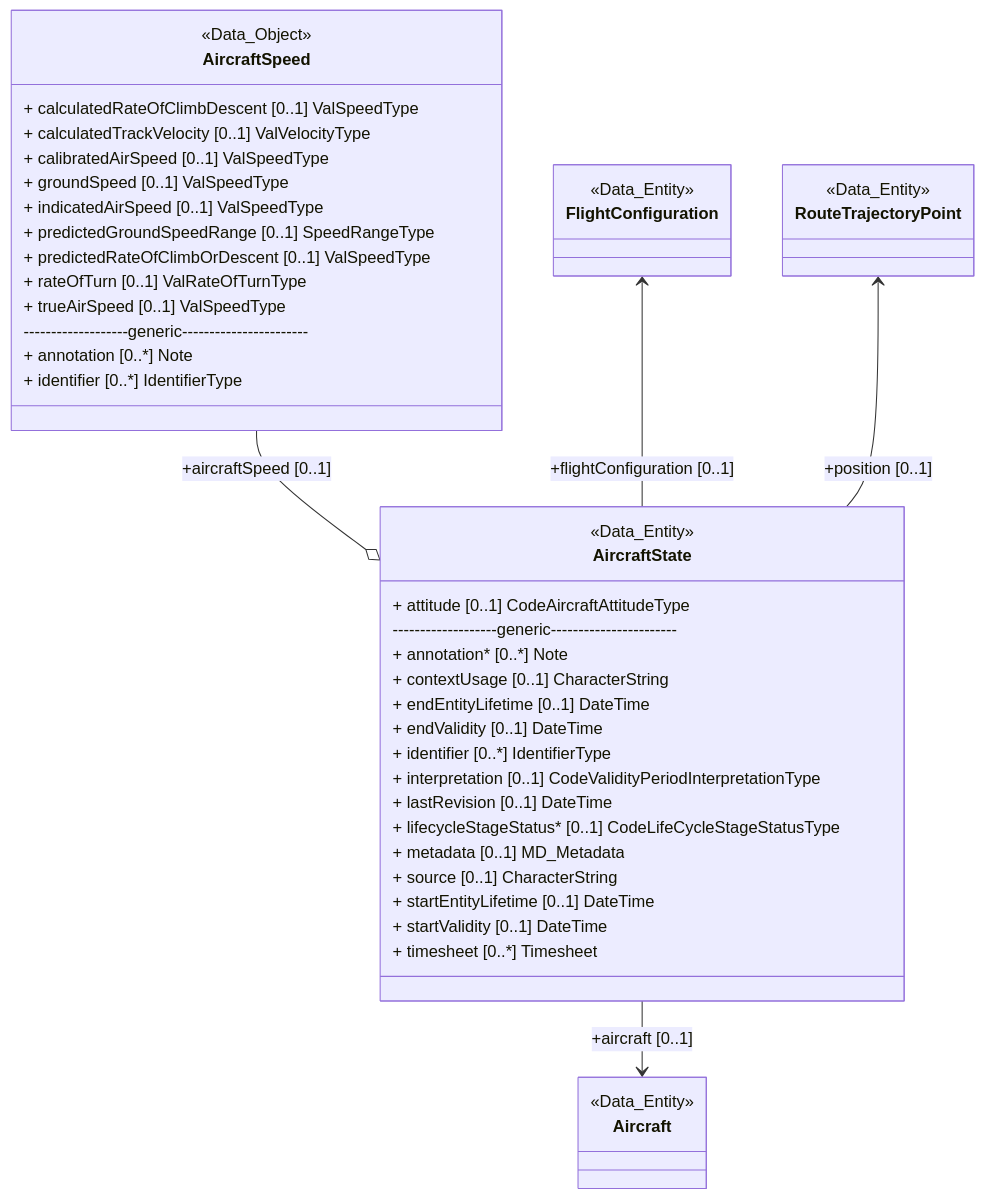
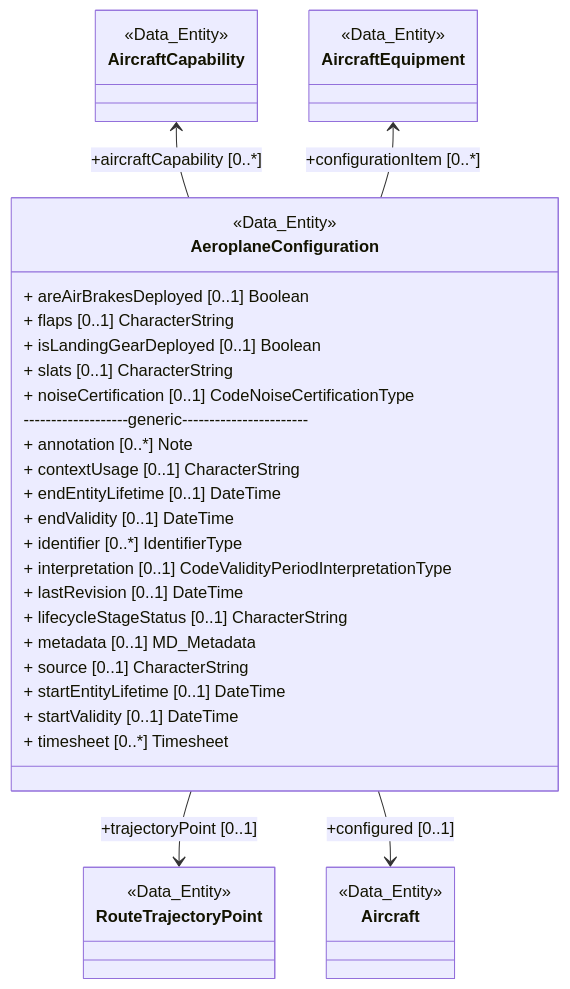
One commit to hlepori/testAIRM changed the first of 46 diagrams in README.md. Above: the diagram before and after it, drawn with Mermaid. The commit also changed other lines of this file, not shown here.

````diff
--- a/README.md
+++ b/README.md
@@ -20,49 +1,41 @@
 ```mermaid	
 classDiagram	
-class AircraftState	
-<<Data_Entity>> AircraftState	
-link AircraftState "https://airm.aero/developers/advanced-search/1.0.0/AircraftState?model=LogicalModel" "Go to definition"	
+class AeroplaneConfiguration	
+<<Data_Entity>> AeroplaneConfiguration	
+link AeroplaneConfiguration "https://airm.aero/developers/advanced-search/1.0.0/AeroplaneConfiguration?model=LogicalModel" "Go to definition"	
+AeroplaneConfiguration : + areAirBrakesDeployed [0..1] Boolean	
+AeroplaneConfiguration : + flaps [0..1] CharacterString	
+AeroplaneConfiguration : + isLandingGearDeployed [0..1] Boolean	
+AeroplaneConfiguration : + slats [0..1] CharacterString	
+class RouteTrajectoryPoint	
+<<Data_Entity>> RouteTrajectoryPoint	
+link RouteTrajectoryPoint "https://airm.aero/developers/advanced-search/1.0.0/RouteTrajectoryPoint?model=LogicalModel" "Go to definition"	
+AeroplaneConfiguration --> RouteTrajectoryPoint : +trajectoryPoint [0..1]	
+class AircraftCapability	
+<<Data_Entity>> AircraftCapability	
+link AircraftCapability "https://airm.aero/developers/advanced-search/1.0.0/AircraftCapability?model=LogicalModel" "Go to definition"	
+AircraftCapability <-- AeroplaneConfiguration : +aircraftCapability [0..*]	
+class AircraftEquipment	
+<<Data_Entity>> AircraftEquipment	
+link AircraftEquipment "https://airm.aero/developers/advanced-search/1.0.0/AircraftEquipment?model=LogicalModel" "Go to definition"	
+AircraftEquipment <-- AeroplaneConfiguration : +configurationItem [0..*]	
 class Aircraft	
 <<Data_Entity>> Aircraft	
 link Aircraft "https://airm.aero/developers/advanced-search/1.0.0/Aircraft?model=LogicalModel" "Go to definition"	
-AircraftState --> Aircraft : +aircraft [0..1]	
-class AircraftSpeed	
-<<Data_Object>> AircraftSpeed	
-link AircraftSpeed "https://airm.aero/developers/advanced-search/1.0.0/AircraftSpeed?model=LogicalModel" "Go to definition"	
-AircraftSpeed : + calculatedRateOfClimbDescent [0..1] ValSpeedType	
-AircraftSpeed : + calculatedTrackVelocity [0..1] ValVelocityType	
-AircraftSpeed : + calibratedAirSpeed [0..1] ValSpeedType	
-AircraftSpeed : + groundSpeed [0..1] ValSpeedType	
-AircraftSpeed : + indicatedAirSpeed [0..1] ValSpeedType	
-AircraftSpeed : + predictedGroundSpeedRange [0..1] SpeedRangeType	
-AircraftSpeed : + predictedRateOfClimbOrDescent [0..1] ValSpeedType	
-AircraftSpeed : + rateOfTurn [0..1] ValRateOfTurnType	
-AircraftSpeed : + trueAirSpeed [0..1] ValSpeedType	
-AircraftSpeed: -------------------generic-----------------------	
-AircraftSpeed : + annotation [0..*] Note	
-AircraftSpeed : + identifier [0..*] IdentifierType	
-AircraftSpeed --o AircraftState : +aircraftSpeed [0..1]	
-AircraftState : + attitude [0..1] CodeAircraftAttitudeType	
-class FlightConfiguration	
-<<Data_Entity>> FlightConfiguration	
-link FlightConfiguration "https://airm.aero/developers/advanced-search/1.0.0/FlightConfiguration?model=LogicalModel" "Go to definition"	
-FlightConfiguration <-- AircraftState : +flightConfiguration [0..1]	
-class RouteTrajectoryPoint	
-<<Data_Entity>> RouteTrajectoryPoint	
-link RouteTrajectoryPoint "https://airm.aero/developers/advanced-search/1.0.0/RouteTrajectoryPoint?model=LogicalModel" "Go to definition"	
-RouteTrajectoryPoint <-- AircraftState : +position [0..1]	
-AircraftState: -------------------generic-----------------------	
-AircraftState : + annotation* [0..*] Note	
-AircraftState : + contextUsage [0..1] CharacterString	
-AircraftState : + endEntityLifetime [0..1] DateTime	
-AircraftState : + endValidity [0..1] DateTime	
-AircraftState : + identifier [0..*] IdentifierType	
-AircraftState : + interpretation [0..1] CodeValidityPeriodInterpretationType	
-AircraftState : + lastRevision [0..1] DateTime	
-AircraftState : + lifecycleStageStatus* [0..1] CodeLifeCycleStageStatusType	
-AircraftState : + metadata [0..1] MD_Metadata	
-AircraftState : + source [0..1] CharacterString	
-AircraftState : + startEntityLifetime [0..1] DateTime	
-AircraftState : + startValidity [0..1] DateTime	
-AircraftState : + timesheet [0..*] Timesheet	
+AeroplaneConfiguration --> Aircraft : +configured [0..1]	
+AeroplaneConfiguration : + noiseCertification [0..1] CodeNoiseCertificationType	
+AeroplaneConfiguration: -------------------generic-----------------------	
+AeroplaneConfiguration : + annotation [0..*] Note	
+AeroplaneConfiguration : + contextUsage [0..1] CharacterString	
+AeroplaneConfiguration : + endEntityLifetime [0..1] DateTime	
+AeroplaneConfiguration : + endValidity [0..1] DateTime	
+AeroplaneConfiguration : + identifier [0..*] IdentifierType	
+AeroplaneConfiguration : + interpretation [0..1] CodeValidityPeriodInterpretationType	
+AeroplaneConfiguration : + lastRevision [0..1] DateTime	
+AeroplaneConfiguration : + lifecycleStageStatus [0..1] CharacterString	
+AeroplaneConfiguration : + metadata [0..1] MD_Metadata	
+AeroplaneConfiguration : + source [0..1] CharacterString	
+AeroplaneConfiguration : + startEntityLifetime [0..1] DateTime	
+AeroplaneConfiguration : + startValidity [0..1] DateTime	
+AeroplaneConfiguration : + timesheet [0..*] Timesheet	
 ```	
````
